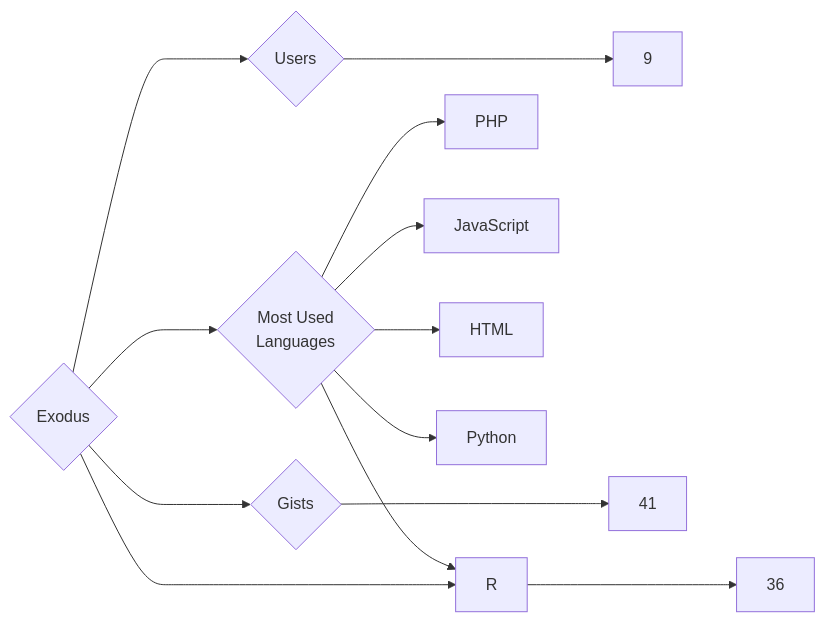
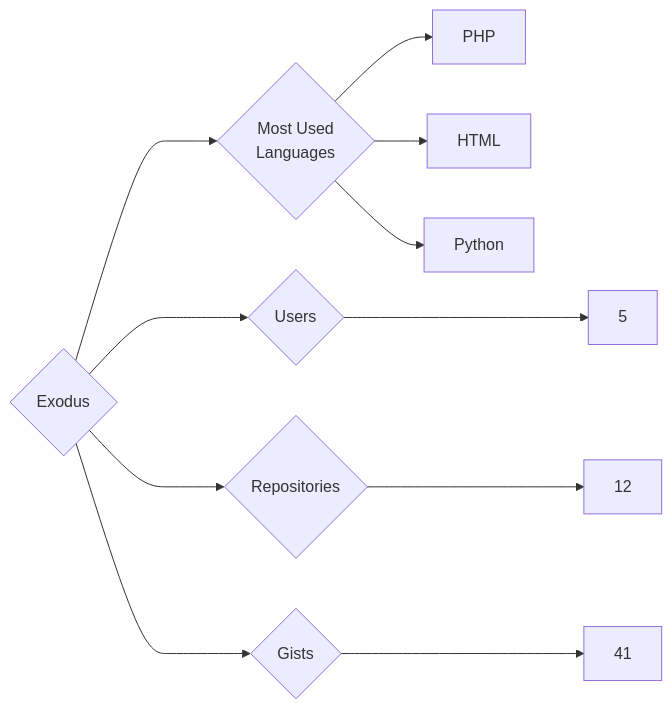
One commit to trickest/insiders changed the diagram in targets/Exodus/README.md. Above: the diagram before and after it, drawn with Mermaid. The commit also changed 553 other files, not shown here.

````diff
--- a/targets/Exodus/README.md
+++ b/targets/Exodus/README.md
@@ -3,13 +3,11 @@
 ```mermaid
 graph LR
 COMPANY_NAME{Exodus}
-COMPANY_NAME ---> U{Users} ---> UN[9]
-COMPANY_NAME ---> R{Repositories} ---> RN[36]
+COMPANY_NAME ---> U{Users} ---> UN[5]
+COMPANY_NAME ---> R{Repositories} ---> RN[12]
 COMPANY_NAME ---> G{Gists} ---> GN[41]
 COMPANY_NAME ---> ML{Most Used<br>Languages}
 ML --> PHP[PHP]
-ML --> JavaScript[JavaScript]
-ML --> R[R]
 ML --> HTML[HTML]
 ML --> Python[Python]
 ```
````
